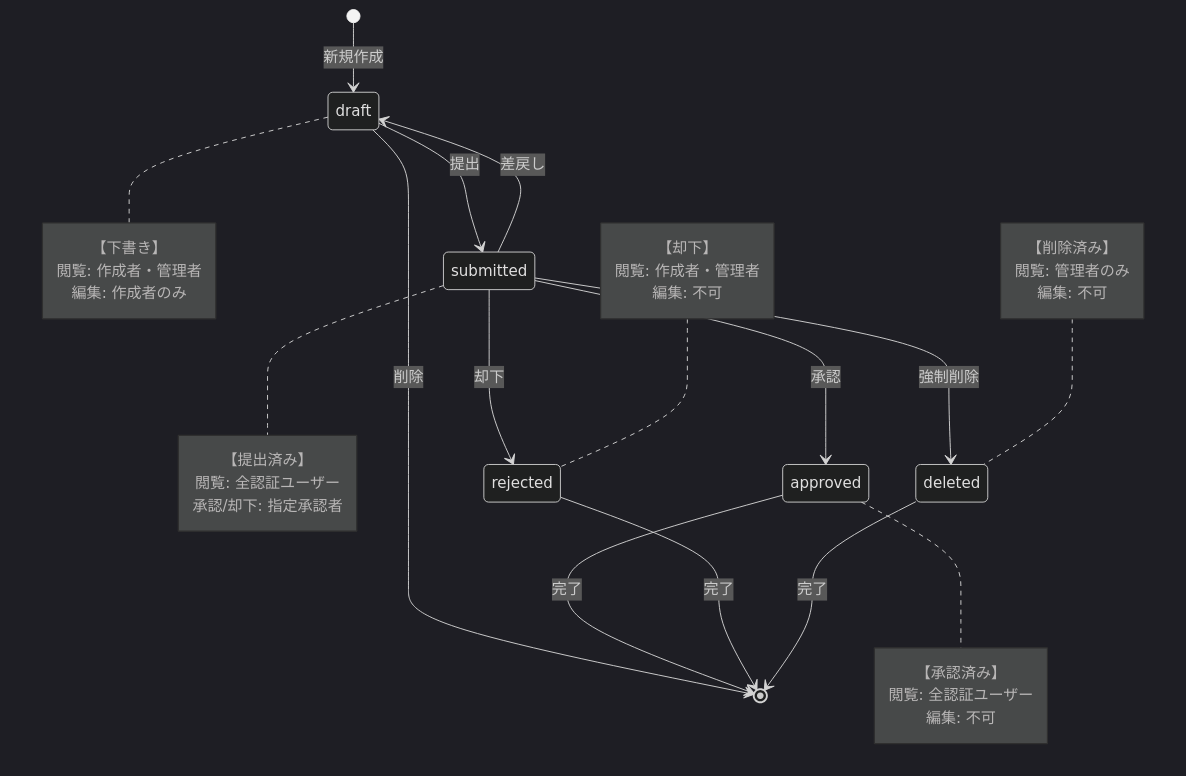
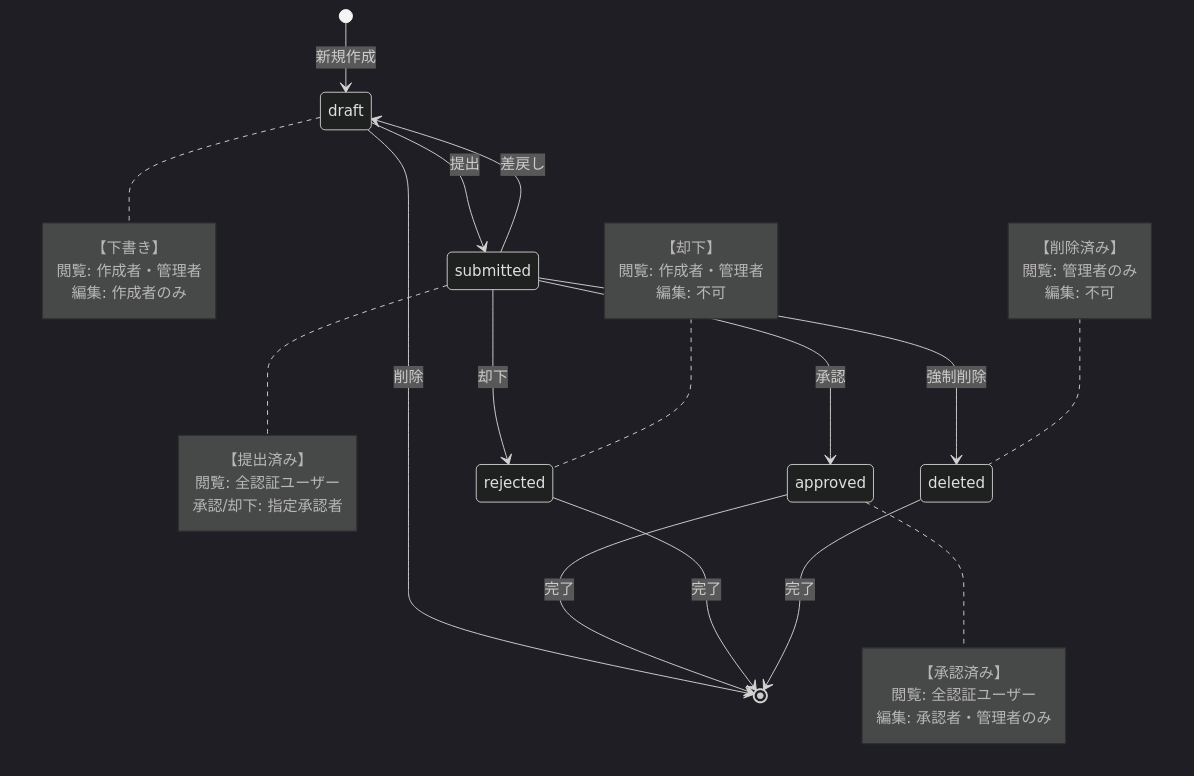
Before and after one commit to ekrsw/knowledge_app: the diagram in .tmp/revision_workflow.md, drawn with Mermaid (dark theme). The commit also changed other lines of this file, not shown here.

````diff
--- a/.tmp/revision_workflow.md
+++ b/.tmp/revision_workflow.md
@@ -5,48 +5,48 @@
 ```mermaid
 stateDiagram-v2
     %% 状態定義
     [*] --> draft: 新規作成
     
     %% 状態遷移
     draft --> submitted: 提出
     submitted --> approved: 承認
     submitted --> rejected: 却下  
     submitted --> draft: 差戻し
     submitted --> deleted: 強制削除
     draft --> [*]: 削除
     
     approved --> [*]: 完了
     rejected --> [*]: 完了
     deleted --> [*]: 完了
 
     %% 状態の説明
     note right of draft
         【下書き】
         閲覧: 作成者・管理者
         編集: 作成者のみ
     end note
     
     note right of submitted
         【提出済み】
         閲覧: 全認証ユーザー
         承認/却下: 指定承認者
     end note
     
     note right of approved
         【承認済み】
         閲覧: 全認証ユーザー
-        編集: 不可
+        編集: 承認者・管理者のみ
     end note
     
     note left of rejected
         【却下】
         閲覧: 作成者・管理者
         編集: 不可
     end note
     
     note left of deleted
         【削除済み】
         閲覧: 管理者のみ
         編集: 不可
     end note
 ```
````
